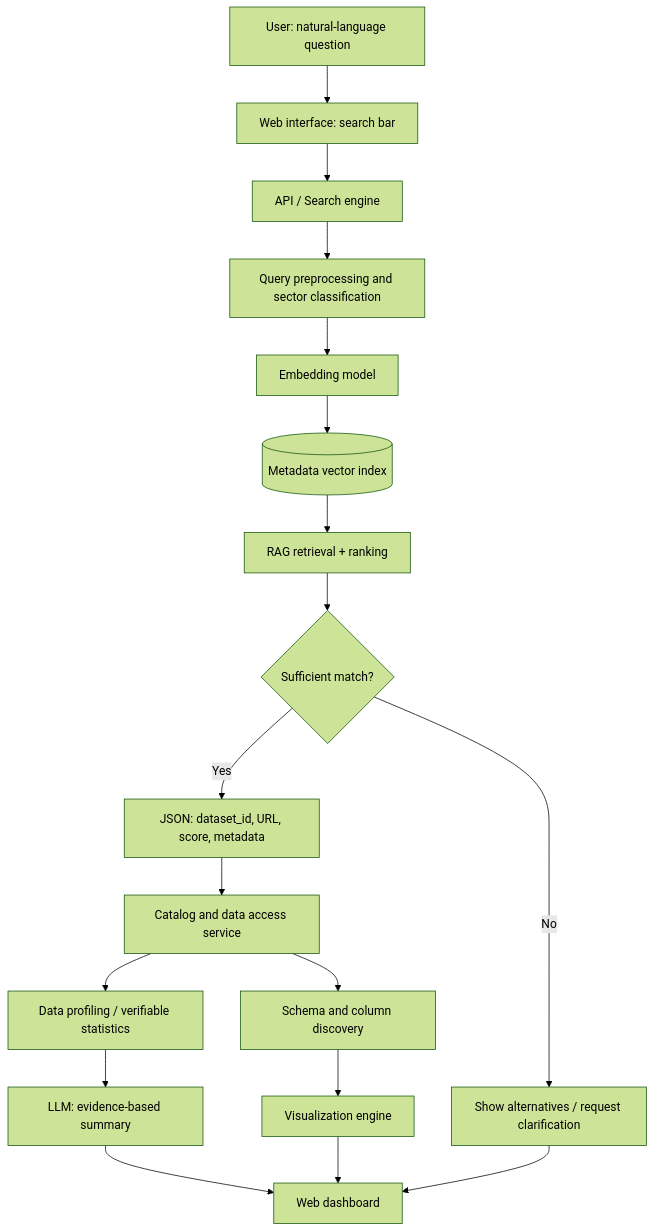
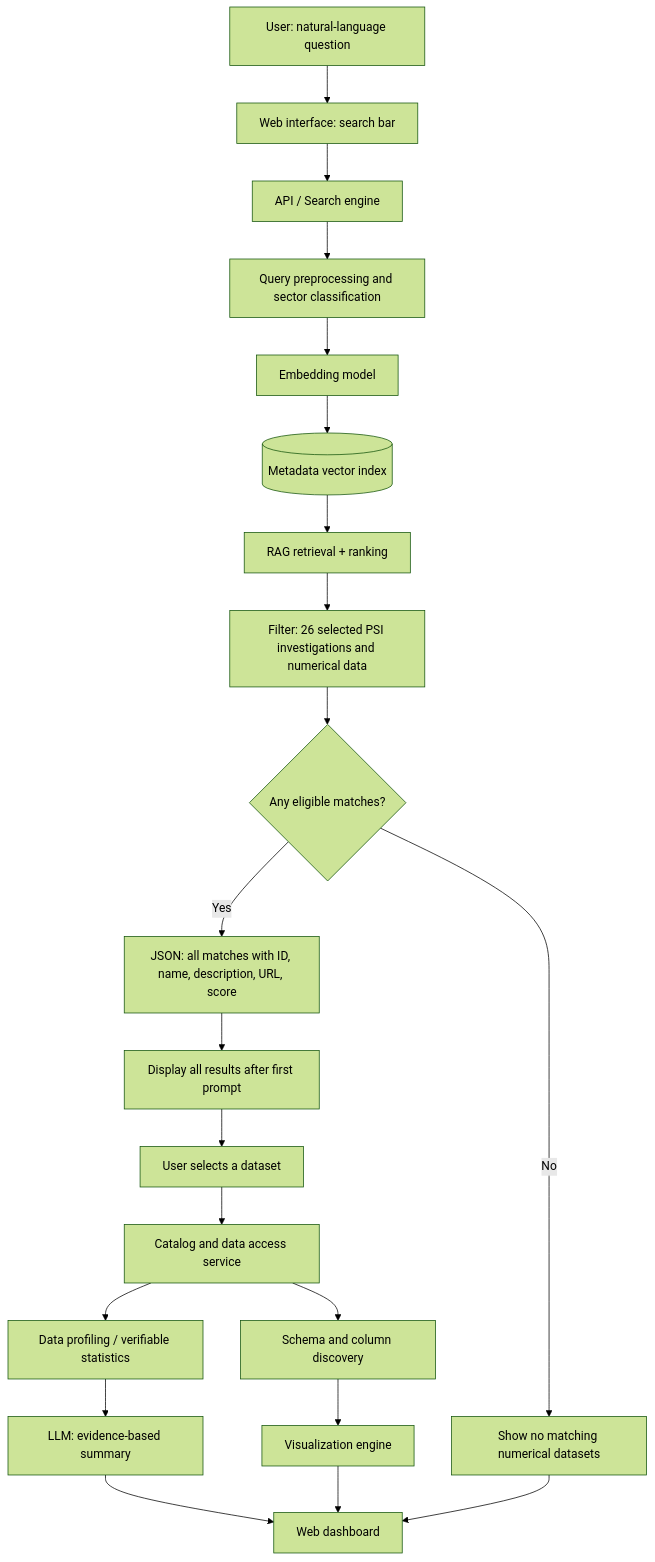
The diagram in README.md (Marcos0526/Codigo-Enigma-SAC), drawn with Mermaid (forest theme) before and after one commit. The commit also changed other lines of this file, not shown here.

````diff
--- a/README.md
+++ b/README.md
@@ -33,20 +34,23 @@
 ```mermaid
 flowchart TD
     A[User: natural-language question] --> B[Web interface: search bar]
     B --> C[API / Search engine]
     C --> D[Query preprocessing and sector classification]
     D --> E[Embedding model]
     E --> F[(Metadata vector index)]
     F --> G[RAG retrieval + ranking]
-    G --> H{Sufficient match?}
-    H -- No --> I[Show alternatives / request clarification]
-    H -- Yes --> J[JSON: dataset_id, URL, score, metadata]
-    J --> K[Catalog and data access service]
+    G --> H[Filter: 26 selected PSI investigations and numerical data]
+    H --> I{Any eligible matches?}
+    I -- No --> Q[Show no matching numerical datasets]
+    I -- Yes --> J[JSON: all matches with ID, name, description, URL, score]
+    J --> R[Display all results after first prompt]
+    R --> S[User selects a dataset]
+    S --> K[Catalog and data access service]
     K --> L[Data profiling / verifiable statistics]
     L --> M[LLM: evidence-based summary]
     K --> N[Schema and column discovery]
     N --> O[Visualization engine]
     M --> P[Web dashboard]
     O --> P
-    I --> P
+    Q --> P
 ```
````
